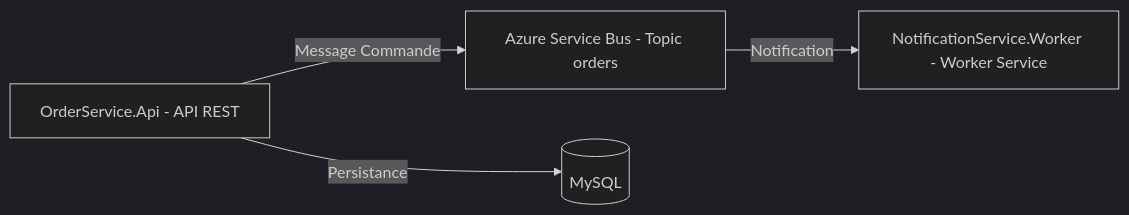
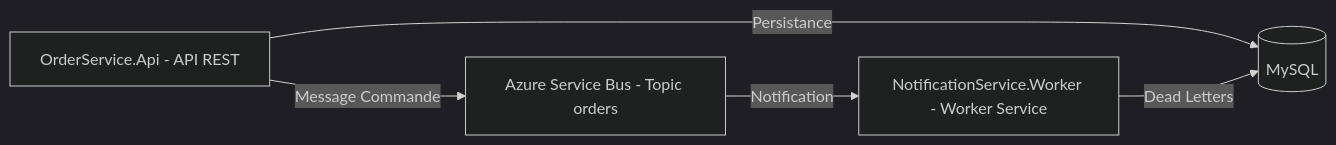
One commit to Galeih/OrderNotificationSystem changed the diagram in Readme.md. Above: the diagram before and after it, drawn with Mermaid (dark theme). The commit also changed other lines of this file and 7 other files, not shown here.

Commit message:
feat: add DeadLetters table and model for persisting Service Bus dead letter messages

````diff
--- a/Readme.md
+++ b/Readme.md
@@ -20,6 +20,7 @@
 ```mermaid
 flowchart LR
     A[OrderService.Api - API REST] -- Message Commande --> B[Azure Service Bus - Topic orders]
     B -- Notification --> C[NotificationService.Worker - Worker Service]
     A -- Persistance --> D[(MySQL)]
+    C -- Dead Letters --> D
 ```
````
